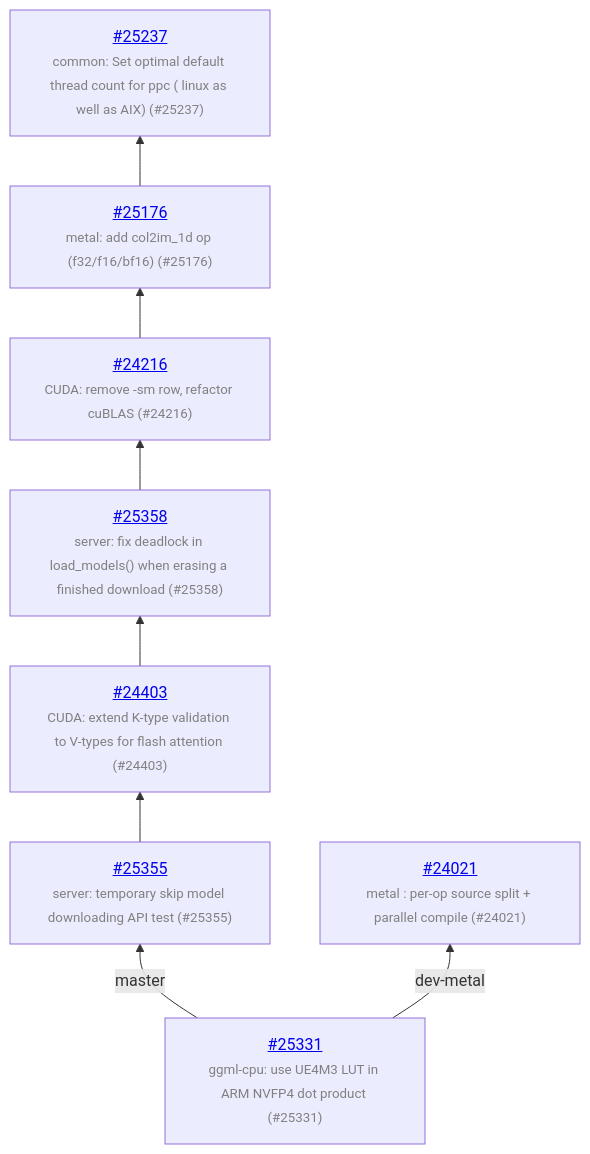
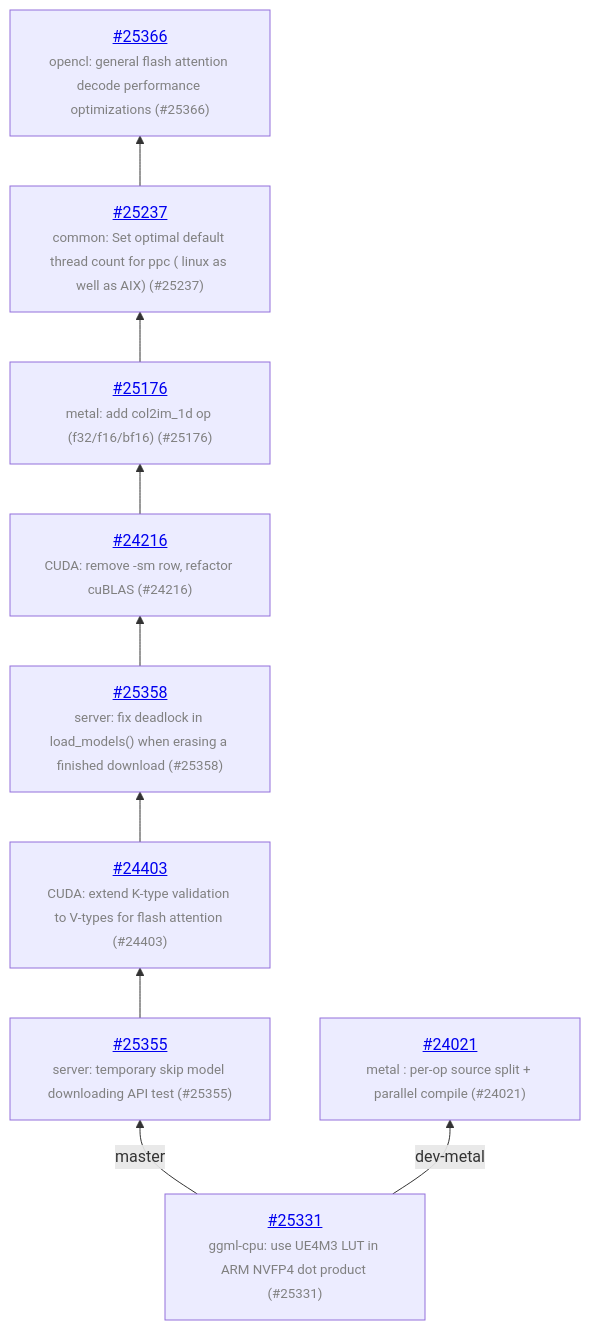
One commit to ggml-org/llama.cpp-dev changed the diagram in README.md. Above: the diagram before and after it, drawn with Mermaid. The commit also changed other lines of this file and 1 other file, not shown here.

Commit message:
auto: update

````diff
--- a/README.md
+++ b/README.md
@@ -13,18 +13,20 @@
 ```mermaid
 graph BT
     COMMON["<a href='https://github.com/ggml-org/llama.cpp/pull/25331'>#25331</a><br/><span style='font-size:smaller;color:gray'>ggml-cpu: use UE4M3 LUT in ARM NVFP4 dot product (#25331)</span>"]
     COMMON -->|master| C_bfdf581
     C_bfdf581["<a href='https://github.com/ggml-org/llama.cpp/pull/25355'>#25355</a><br/><span style='font-size:smaller;color:gray'>server: temporary skip model downloading API test (#25355)</span>"]
     C_bfdf581 --> C_cb295bf
     C_cb295bf["<a href='https://github.com/ggml-org/llama.cpp/pull/24403'>#24403</a><br/><span style='font-size:smaller;color:gray'>CUDA: extend K-type validation to V-types for flash attention (#24403)</span>"]
     C_cb295bf --> C_9abce74
     C_9abce74["<a href='https://github.com/ggml-org/llama.cpp/pull/25358'>#25358</a><br/><span style='font-size:smaller;color:gray'>server: fix deadlock in load_models() when erasing a finished download (#25358)</span>"]
     C_9abce74 --> C_74976e1
     C_74976e1["<a href='https://github.com/ggml-org/llama.cpp/pull/24216'>#24216</a><br/><span style='font-size:smaller;color:gray'>CUDA: remove -sm row, refactor cuBLAS (#24216)</span>"]
     C_74976e1 --> C_f36e5c3
     C_f36e5c3["<a href='https://github.com/ggml-org/llama.cpp/pull/25176'>#25176</a><br/><span style='font-size:smaller;color:gray'>metal: add col2im_1d op (f32/f16/bf16) (#25176)</span>"]
     C_f36e5c3 --> C_ee445f9
     C_ee445f9["<a href='https://github.com/ggml-org/llama.cpp/pull/25237'>#25237</a><br/><span style='font-size:smaller;color:gray'>common: Set optimal default thread count for ppc ( linux as well as AIX) (#25237)</span>"]
+    C_ee445f9 --> C_6f8895f
+    C_6f8895f["<a href='https://github.com/ggml-org/llama.cpp/pull/25366'>#25366</a><br/><span style='font-size:smaller;color:gray'>opencl: general flash attention decode performance optimizations (#25366)</span>"]
     COMMON -->|dev-metal| C_437f21a
     C_437f21a["<a href='https://github.com/ggml-org/llama.cpp/pull/24021'>#24021</a><br/><span style='font-size:smaller;color:gray'>metal : per-op source split + parallel compile (#24021)</span>"]
 ```
````
